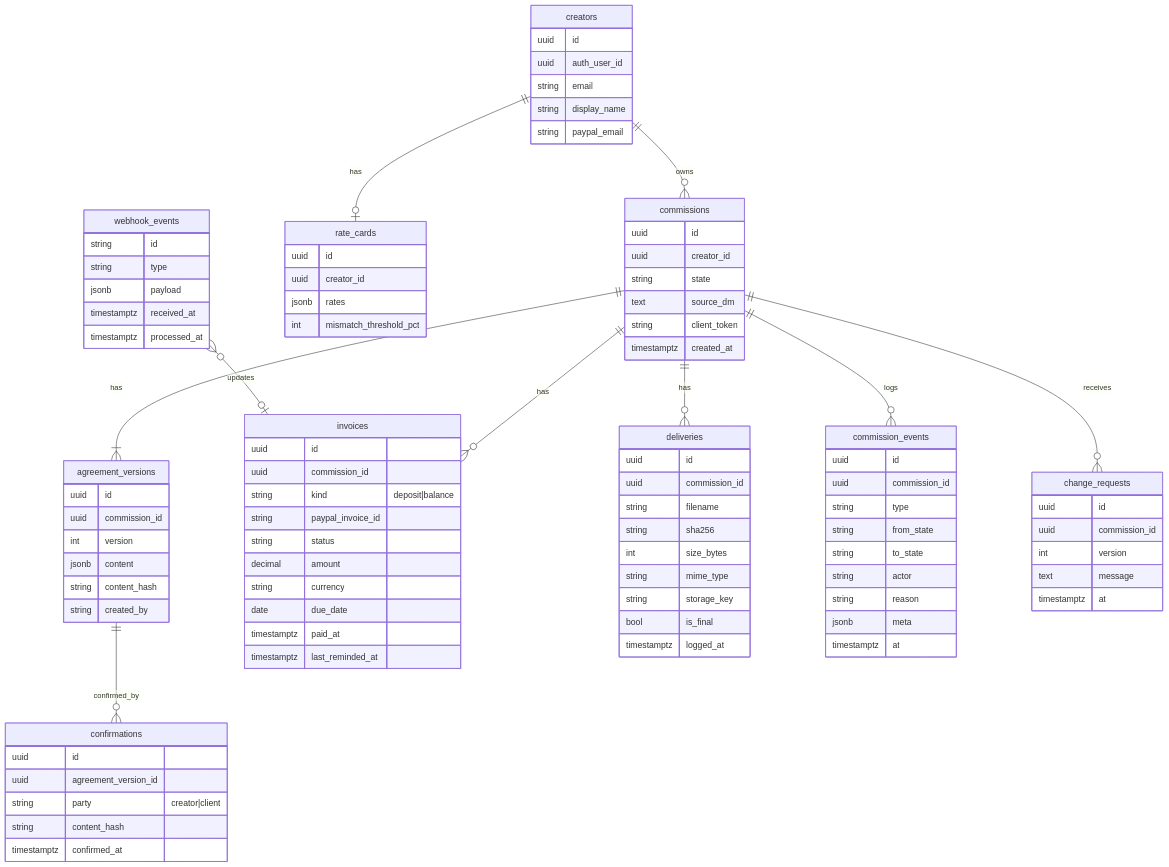
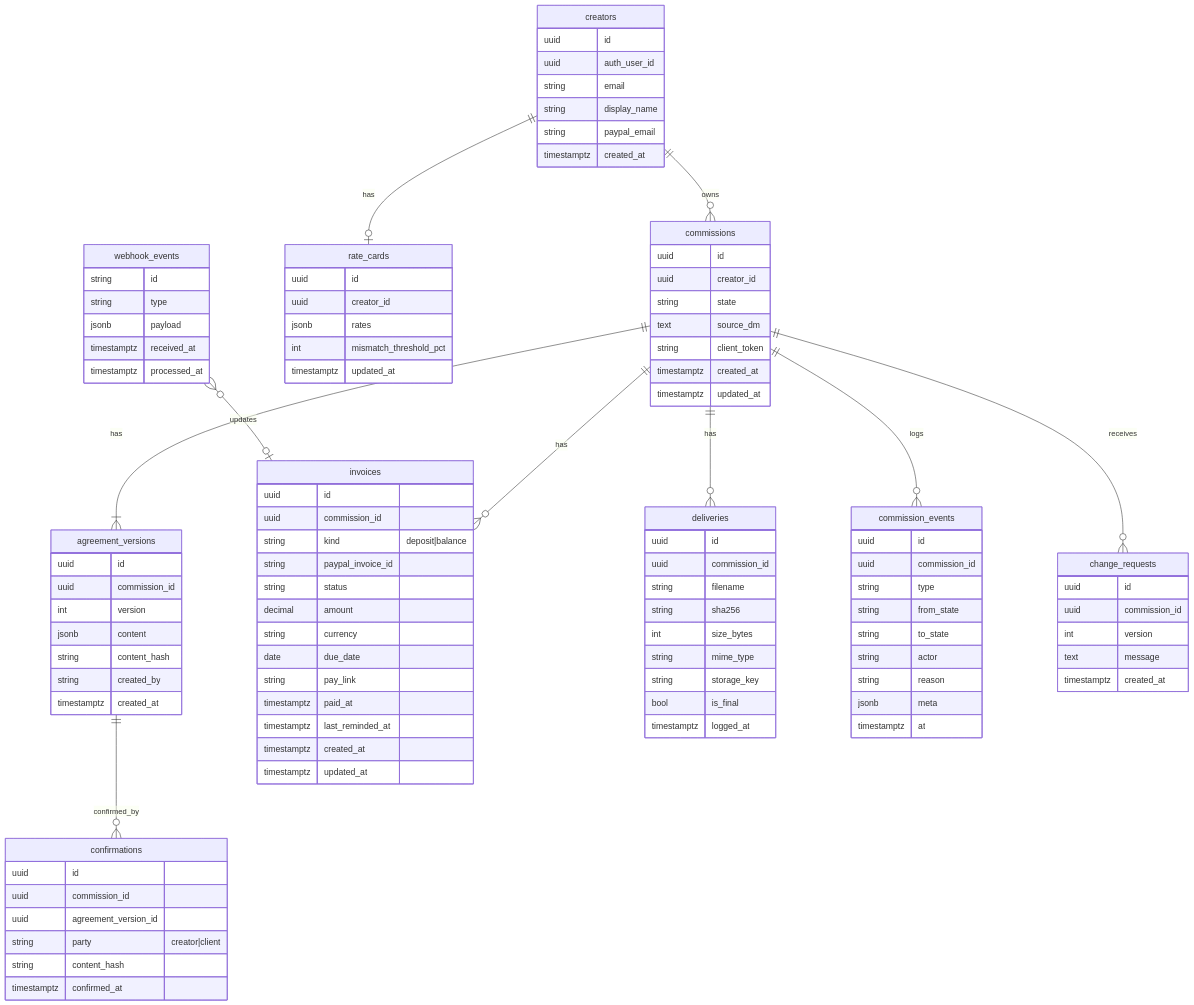
One commit to srios000/dmpact changed the third of 5 diagrams in docs/architecture.md. Above: the diagram before and after it, drawn with Mermaid. The commit also changed other lines of this file and 4 other files, not shown here.

First line of the commit message:
Docs/update timeline d1 (#63)

````diff
--- a/docs/architecture.md
+++ b/docs/architecture.md
@@ -128,23 +130,23 @@
 ```mermaid
 erDiagram
   creators ||--o{ commissions : owns
   creators ||--o| rate_cards : has
   commissions ||--|{ agreement_versions : has
   agreement_versions ||--o{ confirmations : confirmed_by
   commissions ||--o{ invoices : has
   commissions ||--o{ deliveries : has
   commissions ||--o{ commission_events : logs
   commissions ||--o{ change_requests : receives
   webhook_events }o--o| invoices : updates
 
-  creators { uuid id  uuid auth_user_id  string email  string display_name  string paypal_email }
-  commissions { uuid id  uuid creator_id  string state  text source_dm  string client_token  timestamptz created_at }
-  agreement_versions { uuid id  uuid commission_id  int version  jsonb content  string content_hash  string created_by }
-  confirmations { uuid id  uuid agreement_version_id  string party "creator|client"  string content_hash  timestamptz confirmed_at }
-  invoices { uuid id  uuid commission_id  string kind "deposit|balance"  string paypal_invoice_id  string status  decimal amount  string currency  date due_date  timestamptz paid_at  timestamptz last_reminded_at }
+  creators { uuid id  uuid auth_user_id  string email  string display_name  string paypal_email  timestamptz created_at }
+  commissions { uuid id  uuid creator_id  string state  text source_dm  string client_token  timestamptz created_at  timestamptz updated_at }
+  agreement_versions { uuid id  uuid commission_id  int version  jsonb content  string content_hash  string created_by  timestamptz created_at }
+  confirmations { uuid id  uuid commission_id  uuid agreement_version_id  string party "creator|client"  string content_hash  timestamptz confirmed_at }
+  invoices { uuid id  uuid commission_id  string kind "deposit|balance"  string paypal_invoice_id  string status  decimal amount  string currency  date due_date  string pay_link  timestamptz paid_at  timestamptz last_reminded_at  timestamptz created_at  timestamptz updated_at }
   deliveries { uuid id  uuid commission_id  string filename  string sha256  int size_bytes  string mime_type  string storage_key  bool is_final  timestamptz logged_at }
   commission_events { uuid id  uuid commission_id  string type  string from_state  string to_state  string actor  string reason  jsonb meta  timestamptz at }
-  change_requests { uuid id  uuid commission_id  int version  text message  timestamptz at }
-  rate_cards { uuid id  uuid creator_id  jsonb rates  int mismatch_threshold_pct }
+  change_requests { uuid id  uuid commission_id  int version  text message  timestamptz created_at }
+  rate_cards { uuid id  uuid creator_id  jsonb rates  int mismatch_threshold_pct  timestamptz updated_at }
   webhook_events { string id  string type  jsonb payload  timestamptz received_at  timestamptz processed_at }
 ```
````
